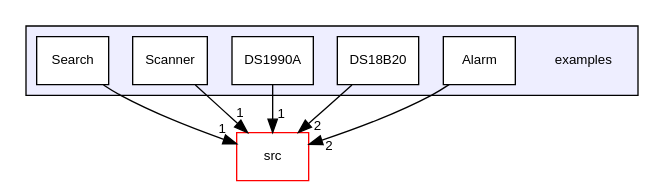
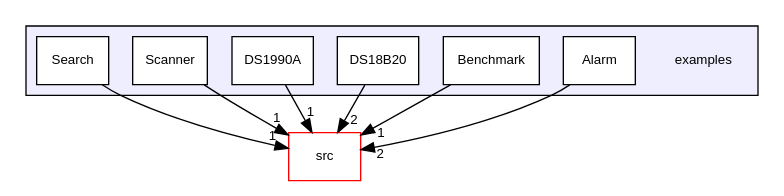
Before and after one commit to mikaelpatel/mikaelpatel.github.io: the diagram in Arduino-OWI/dir_d28a4824dc47e487b107a5db32ef43c4_dep.dot, drawn with Graphviz. The commit also changed 166 other files, not shown here.

```diff
--- a/Arduino-OWI/dir_d28a4824dc47e487b107a5db32ef43c4_dep.dot
+++ b/Arduino-OWI/dir_d28a4824dc47e487b107a5db32ef43c4_dep.dot
@@ -1,20 +1,22 @@
 digraph "examples" {
   compound=true
   node [ fontsize="10", fontname="Helvetica"];
   edge [ labelfontsize="10", labelfontname="Helvetica"];
   subgraph clusterdir_d28a4824dc47e487b107a5db32ef43c4 {
     graph [ bgcolor="#eeeeff", pencolor="black", label="" URL="dir_d28a4824dc47e487b107a5db32ef43c4.html"];
     dir_d28a4824dc47e487b107a5db32ef43c4 [shape=plaintext label="examples"];
     dir_2ac0c8aa260d699f7a3c5d8ce1687c7e [shape=box label="Alarm" color="black" fillcolor="white" style="filled" URL="dir_2ac0c8aa260d699f7a3c5d8ce1687c7e.html"];
+    dir_57865dd379b9744e2314c42289a7a619 [shape=box label="Benchmark" color="black" fillcolor="white" style="filled" URL="dir_57865dd379b9744e2314c42289a7a619.html"];
     dir_edc7f58e8c82682a6129433ec455bcd5 [shape=box label="DS18B20" color="black" fillcolor="white" style="filled" URL="dir_edc7f58e8c82682a6129433ec455bcd5.html"];
     dir_8c1bb936615844b522f4b0b799130dfa [shape=box label="DS1990A" color="black" fillcolor="white" style="filled" URL="dir_8c1bb936615844b522f4b0b799130dfa.html"];
     dir_3c255463df23486bbba0dcefb1196b0f [shape=box label="Scanner" color="black" fillcolor="white" style="filled" URL="dir_3c255463df23486bbba0dcefb1196b0f.html"];
     dir_248e8ef9f6f04c4f5605684854d1c790 [shape=box label="Search" color="black" fillcolor="white" style="filled" URL="dir_248e8ef9f6f04c4f5605684854d1c790.html"];
   }
   dir_68267d1309a1af8e8297ef4c3efbcdba [shape=box label="src" fillcolor="white" style="filled" color="red" URL="dir_68267d1309a1af8e8297ef4c3efbcdba.html"];
-  dir_248e8ef9f6f04c4f5605684854d1c790->dir_68267d1309a1af8e8297ef4c3efbcdba [headlabel="1", labeldistance=1.5 headhref="dir_000005_000006.html"];
-  dir_8c1bb936615844b522f4b0b799130dfa->dir_68267d1309a1af8e8297ef4c3efbcdba [headlabel="1", labeldistance=1.5 headhref="dir_000003_000006.html"];
-  dir_2ac0c8aa260d699f7a3c5d8ce1687c7e->dir_68267d1309a1af8e8297ef4c3efbcdba [headlabel="2", labeldistance=1.5 headhref="dir_000001_000006.html"];
-  dir_edc7f58e8c82682a6129433ec455bcd5->dir_68267d1309a1af8e8297ef4c3efbcdba [headlabel="2", labeldistance=1.5 headhref="dir_000002_000006.html"];
-  dir_3c255463df23486bbba0dcefb1196b0f->dir_68267d1309a1af8e8297ef4c3efbcdba [headlabel="1", labeldistance=1.5 headhref="dir_000004_000006.html"];
+  dir_248e8ef9f6f04c4f5605684854d1c790->dir_68267d1309a1af8e8297ef4c3efbcdba [headlabel="1", labeldistance=1.5 headhref="dir_000006_000007.html"];
+  dir_8c1bb936615844b522f4b0b799130dfa->dir_68267d1309a1af8e8297ef4c3efbcdba [headlabel="1", labeldistance=1.5 headhref="dir_000004_000007.html"];
+  dir_2ac0c8aa260d699f7a3c5d8ce1687c7e->dir_68267d1309a1af8e8297ef4c3efbcdba [headlabel="2", labeldistance=1.5 headhref="dir_000001_000007.html"];
+  dir_edc7f58e8c82682a6129433ec455bcd5->dir_68267d1309a1af8e8297ef4c3efbcdba [headlabel="2", labeldistance=1.5 headhref="dir_000003_000007.html"];
+  dir_3c255463df23486bbba0dcefb1196b0f->dir_68267d1309a1af8e8297ef4c3efbcdba [headlabel="1", labeldistance=1.5 headhref="dir_000005_000007.html"];
+  dir_57865dd379b9744e2314c42289a7a619->dir_68267d1309a1af8e8297ef4c3efbcdba [headlabel="1", labeldistance=1.5 headhref="dir_000002_000007.html"];
 }
```
